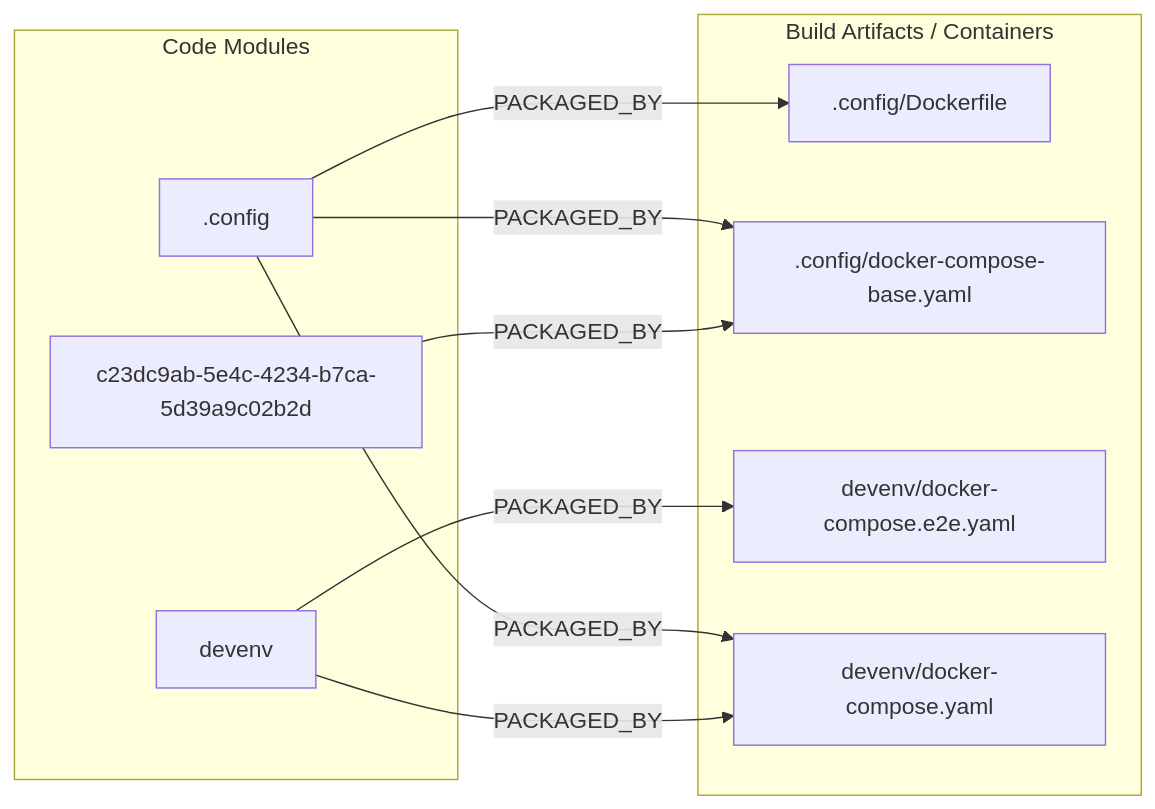
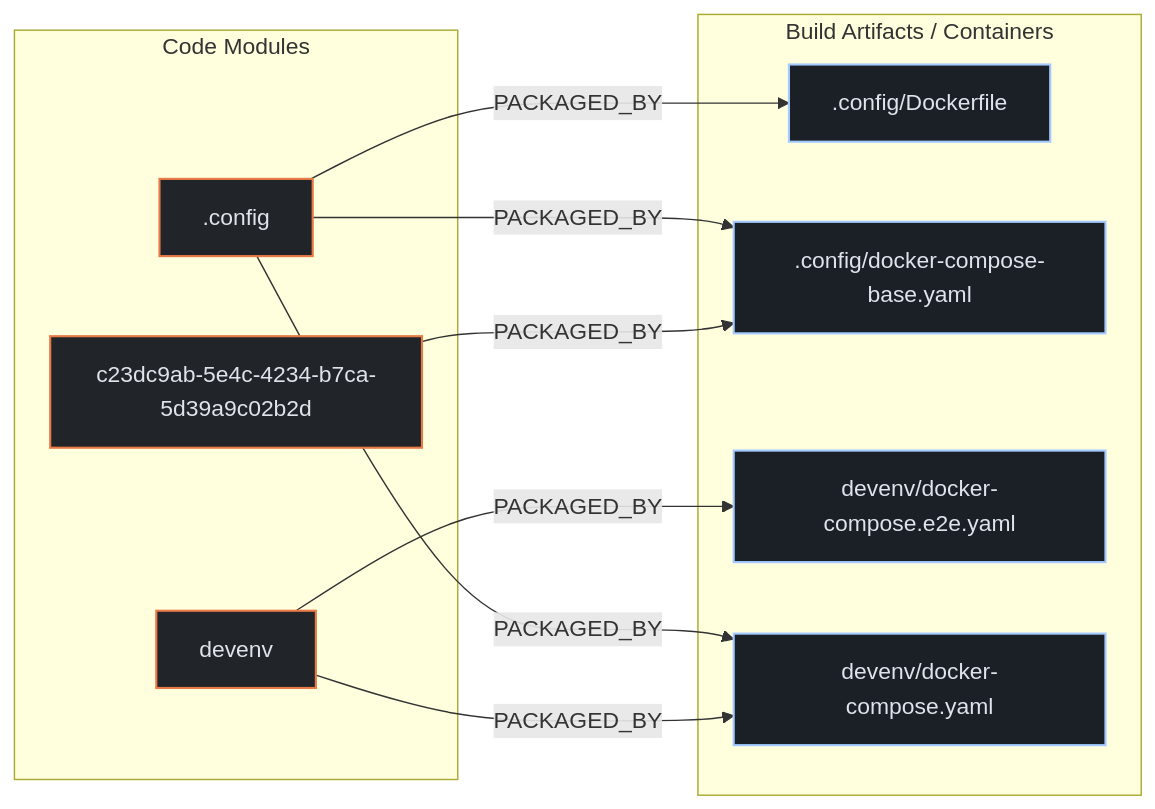
One commit to kumarshaz/atruss-code-atlas changed the second of 3 diagrams in exports/latest/reports/grafana-traces-drilldown-report.md. Above: the diagram before and after it, drawn with Mermaid. The commit also changed other lines of this file and 331 other files, not shown here.

Commit message:
docs,ui,fix: update SDLC docs, reorder CI/CD DAG first, stylize Mermaid, and fix Arc42 pipeline topology

````diff
--- a/exports/latest/reports/grafana-traces-drilldown-report.md
+++ b/exports/latest/reports/grafana-traces-drilldown-report.md
@@ -180,20 +187,24 @@
 ```mermaid
 flowchart LR
+    classDef atlasCategory fill:#212428,stroke:#E87A48,stroke-width:1.5px,color:#dfe3eb
+    classDef atlasWorkflow fill:#1b2026,stroke:#a3c9ff,stroke-width:1.5px,color:#dfe3eb
+    classDef atlasJob fill:#171c22,stroke:#8d9199,stroke-width:1px,color:#dfe3eb
+    classDef atlasTarget fill:#005227,stroke:#8bd99b,stroke-width:1.5px,color:#a7f6b6
     subgraph code_modules["Code Modules"]
-        mod__config[".config"]
-        mod_c23dc9ab_5e4c_4234_b7ca_5d39a9c02b2d["c23dc9ab-5e4c-4234-b7ca-5d39a9c02b2d"]
-        mod_devenv["devenv"]
+        mod__config[".config"]:::atlasCategory
+        mod_c23dc9ab_5e4c_4234_b7ca_5d39a9c02b2d["c23dc9ab-5e4c-4234-b7ca-5d39a9c02b2d"]:::atlasCategory
+        mod_devenv["devenv"]:::atlasCategory
     end
     subgraph build_artifacts["Build Artifacts / Containers"]
-        art__config_Dockerfile[".config/Dockerfile"]
-        art__config_docker_compose_base_yaml[".config/docker-compose-base.yaml"]
-        art_devenv_docker_compose_e2e_yaml["devenv/docker-compose.e2e.yaml"]
-        art_devenv_docker_compose_yaml["devenv/docker-compose.yaml"]
+        art__config_Dockerfile[".config/Dockerfile"]:::atlasWorkflow
+        art__config_docker_compose_base_yaml[".config/docker-compose-base.yaml"]:::atlasWorkflow
+        art_devenv_docker_compose_e2e_yaml["devenv/docker-compose.e2e.yaml"]:::atlasWorkflow
+        art_devenv_docker_compose_yaml["devenv/docker-compose.yaml"]:::atlasWorkflow
     end
     mod__config -->|PACKAGED_BY| art__config_Dockerfile
     mod__config -->|PACKAGED_BY| art__config_docker_compose_base_yaml
     mod__config -->|PACKAGED_BY| art_devenv_docker_compose_yaml
     mod_c23dc9ab_5e4c_4234_b7ca_5d39a9c02b2d -->|PACKAGED_BY| art__config_docker_compose_base_yaml
     mod_devenv -->|PACKAGED_BY| art_devenv_docker_compose_e2e_yaml
     mod_devenv -->|PACKAGED_BY| art_devenv_docker_compose_yaml
 ```
````
